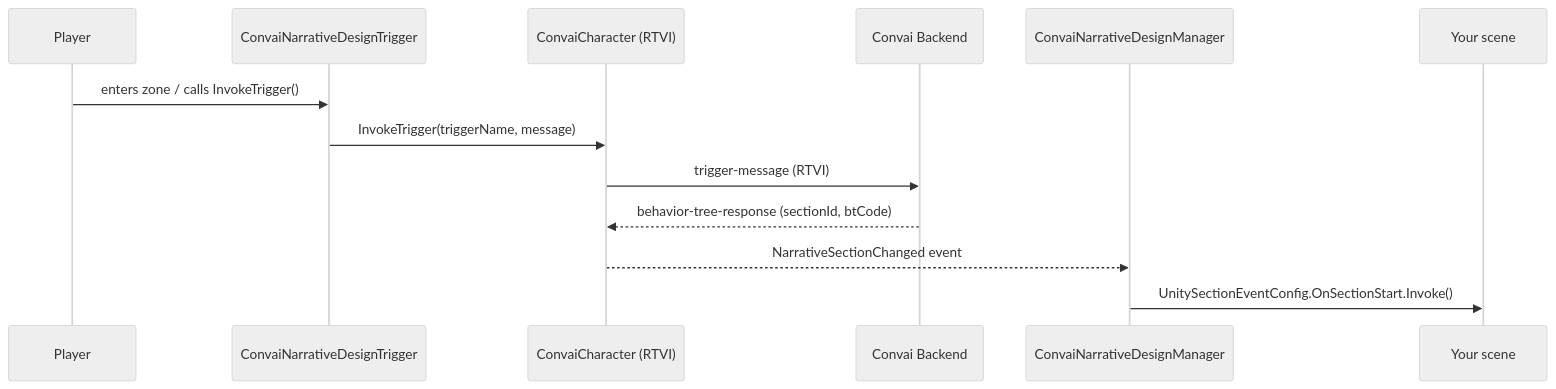
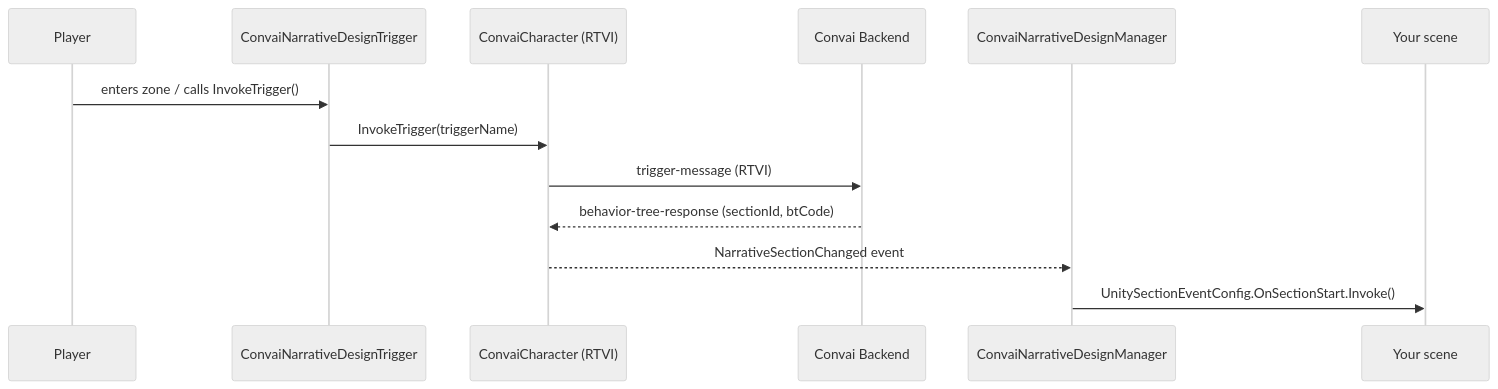
One commit to Conv-AI/Convai-Documentation changed the diagram in plugins-and-integrations/convai-unity-sdk/features/narrative-design/how-narrative-design-works.md. Above: the diagram before and after it, drawn with Mermaid (neutral theme). The commit also changed other lines of this file and 118 other files, not shown here.

````diff
--- a/plugins-and-integrations/convai-unity-sdk/features/narrative-design/how-narrative-design-works.md
+++ b/plugins-and-integrations/convai-unity-sdk/features/narrative-design/how-narrative-design-works.md
@@ -13,16 +13,16 @@
 ```mermaid
 sequenceDiagram
     participant Player
     participant Trigger as ConvaiNarrativeDesignTrigger
     participant Char as ConvaiCharacter (RTVI)
     participant Backend as Convai Backend
     participant Manager as ConvaiNarrativeDesignManager
     participant Scene as Your scene
 
     Player->>Trigger: enters zone / calls InvokeTrigger()
-    Trigger->>Char: InvokeTrigger(triggerName, message)
+    Trigger->>Char: InvokeTrigger(triggerName)
     Char->>Backend: trigger-message (RTVI)
     Backend-->>Char: behavior-tree-response (sectionId, btCode)
     Char-->>Manager: NarrativeSectionChanged event
     Manager->>Scene: UnitySectionEventConfig.OnSectionStart.Invoke()
 ```
````
